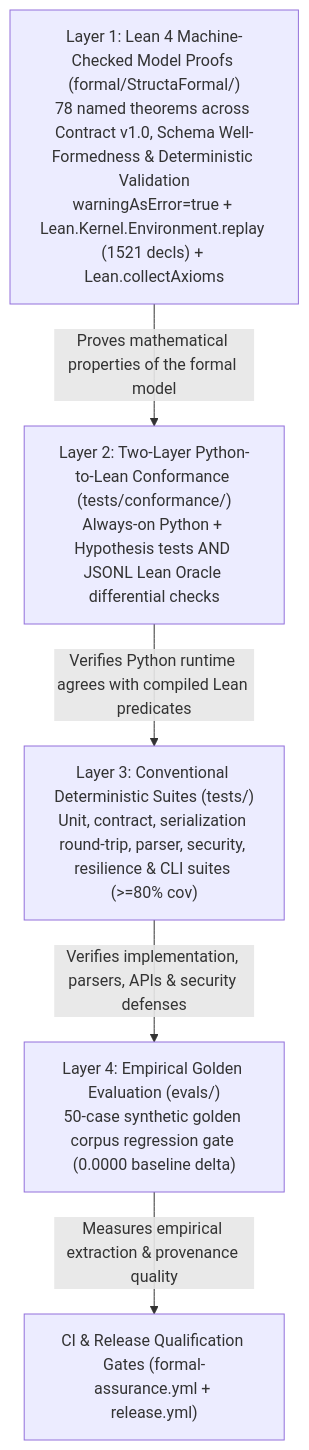
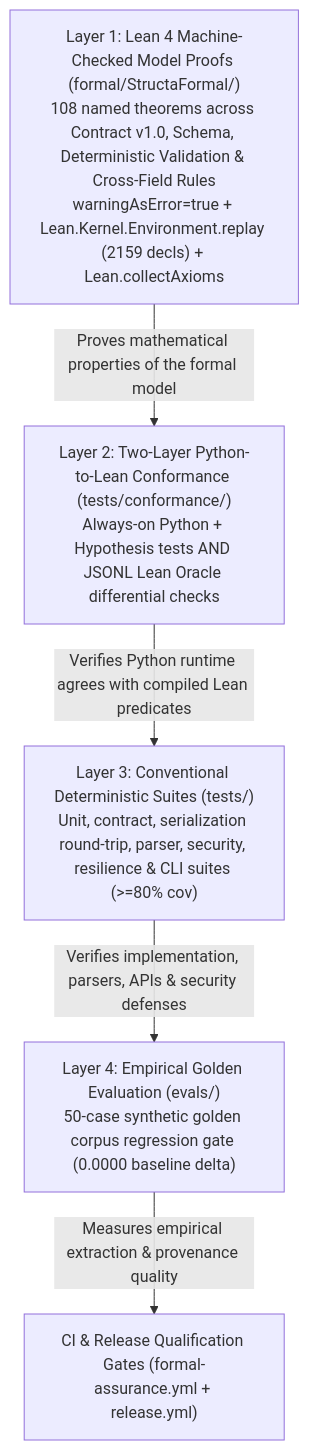
Before and after one commit to ivnmoreno/structa-maestro: the diagram in docs/formal-assurance.md, drawn with Mermaid. The commit also changed other lines of this file and 14 other files, not shown here.

````diff
--- a/docs/formal-assurance.md
+++ b/docs/formal-assurance.md
@@ -12,12 +12,12 @@
 ```mermaid
 flowchart TD
-    L1["Layer 1: Lean 4 Machine-Checked Model Proofs (formal/StructaFormal/)\n78 named theorems across Contract v1.0, Schema Well-Formedness & Deterministic Validation\nwarningAsError=true + Lean.Kernel.Environment.replay (1521 decls) + Lean.collectAxioms"]
+    L1["Layer 1: Lean 4 Machine-Checked Model Proofs (formal/StructaFormal/)\n108 named theorems across Contract v1.0, Schema, Deterministic Validation & Cross-Field Rules\nwarningAsError=true + Lean.Kernel.Environment.replay (2159 decls) + Lean.collectAxioms"]
     L2["Layer 2: Two-Layer Python-to-Lean Conformance (tests/conformance/)\nAlways-on Python + Hypothesis tests AND JSONL Lean Oracle differential checks"]
     L3["Layer 3: Conventional Deterministic Suites (tests/)\nUnit, contract, serialization round-trip, parser, security, resilience & CLI suites (>=80% cov)"]
     L4["Layer 4: Empirical Golden Evaluation (evals/)\n50-case synthetic golden corpus regression gate (0.0000 baseline delta)"]
 
     L1 -->|"Proves mathematical properties of the formal model"| L2
     L2 -->|"Verifies Python runtime agrees with compiled Lean predicates"| L3
     L3 -->|"Verifies implementation, parsers, APIs & security defenses"| L4
     L4 -->|"Measures empirical extraction & provenance quality"| Release["CI & Release Qualification Gates (formal-assurance.yml + release.yml)"]
 ```
````
